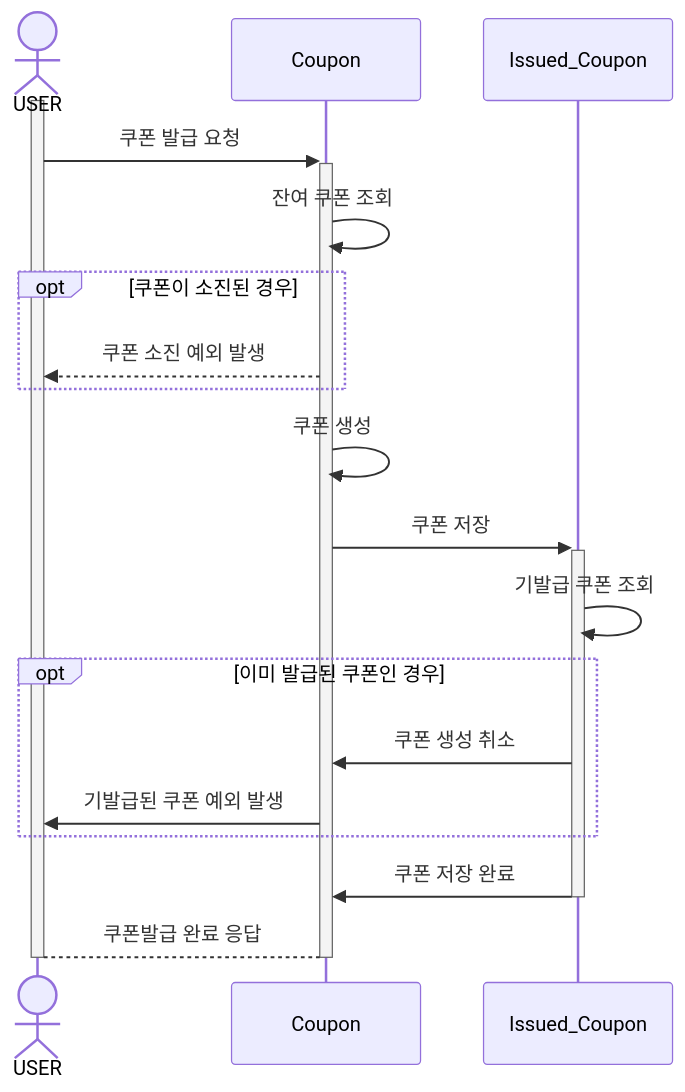
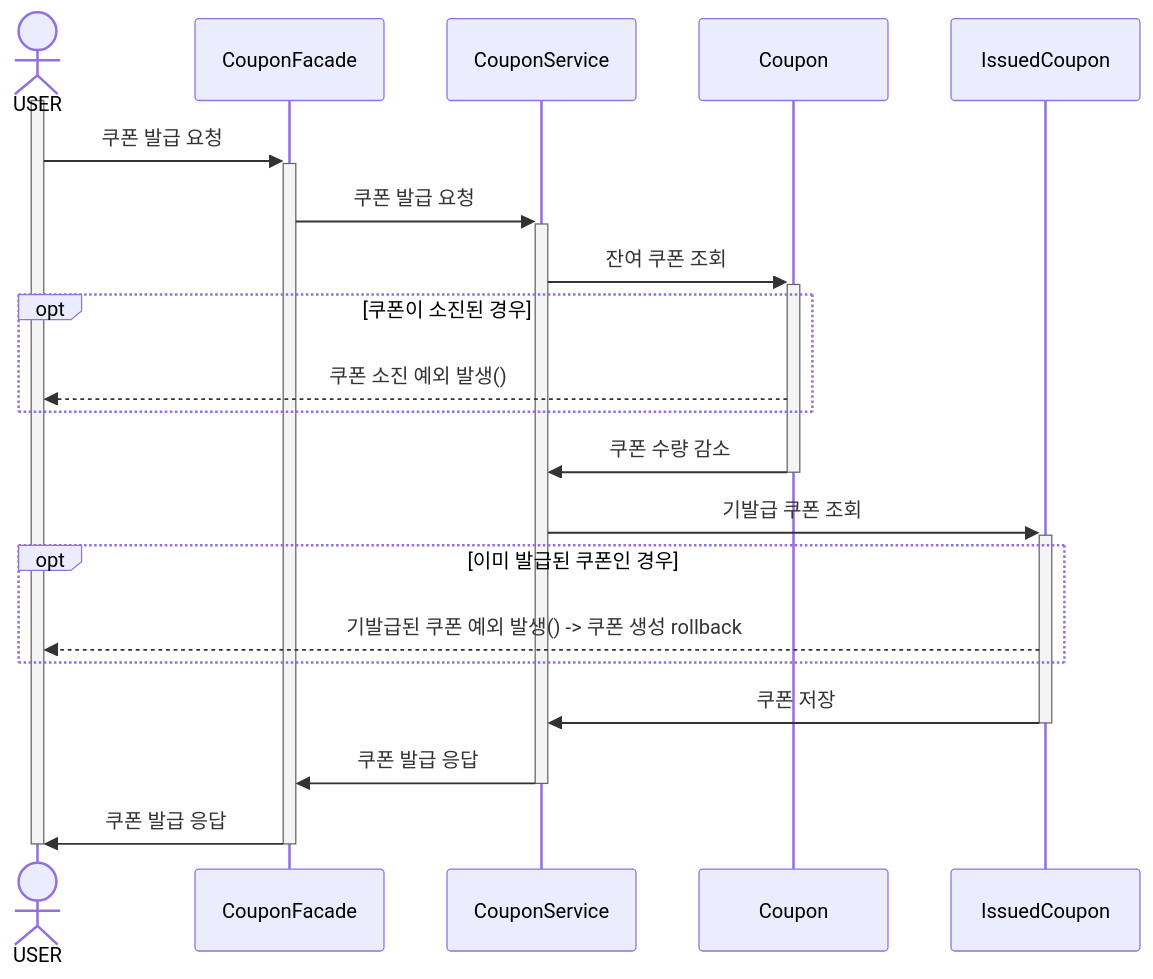
The sixth of 7 diagrams in docs/requirements-analysis/sequence-diagram.md (ch00kh/e-commerce-sercvice), drawn with Mermaid before and after one commit. The commit also changed other lines of this file and 2 other files, not shown here.

Commit message:
docs: 문서 수정(balance, coupon)

````diff
--- a/docs/requirements-analysis/sequence-diagram.md
+++ b/docs/requirements-analysis/sequence-diagram.md
@@ -155,23 +160,25 @@
 ```mermaid
 sequenceDiagram
   actor USER
+  participant CouponFacade
+  participant CouponService
   participant Coupon
-  participant Issued_Coupon
+  participant IssuedCoupon
   
   activate USER
-  USER ->>+ Coupon: 쿠폰 발급 요청
-  Coupon ->> Coupon: 잔여 쿠폰 조회
+  USER ->>+ CouponFacade: 쿠폰 발급 요청
+  CouponFacade ->>+ CouponService: 쿠폰 발급 요청
+  CouponService ->>+ Coupon: 잔여 쿠폰 조회
   opt 쿠폰이 소진된 경우
-    Coupon -->> USER: 쿠폰 소진 예외 발생
+    Coupon -->> USER: 쿠폰 소진 예외 발생()
   end
-  Coupon ->> Coupon: 쿠폰 생성
-  Coupon ->>+ Issued_Coupon: 쿠폰 저장
-  Issued_Coupon ->> Issued_Coupon: 기발급 쿠폰 조회
+  Coupon ->>- CouponService: 쿠폰 수량 감소
+  CouponService ->>+ IssuedCoupon: 기발급 쿠폰 조회
   opt 이미 발급된 쿠폰인 경우
-    Issued_Coupon ->> Coupon: 쿠폰 생성 취소
-    Coupon ->> USER: 기발급된 쿠폰 예외 발생
+    IssuedCoupon-->> USER: 기발급된 쿠폰 예외 발생() -> 쿠폰 생성 rollback
   end
-  Issued_Coupon ->>- Coupon: 쿠폰 저장 완료
-  Coupon -->- USER: 쿠폰발급 완료 응답
+  IssuedCoupon ->>- CouponService: 쿠폰 저장
+  CouponService ->>- CouponFacade: 쿠폰 발급 응답
+  CouponFacade ->>- USER: 쿠폰 발급 응답
   deactivate USER
 ```
````
